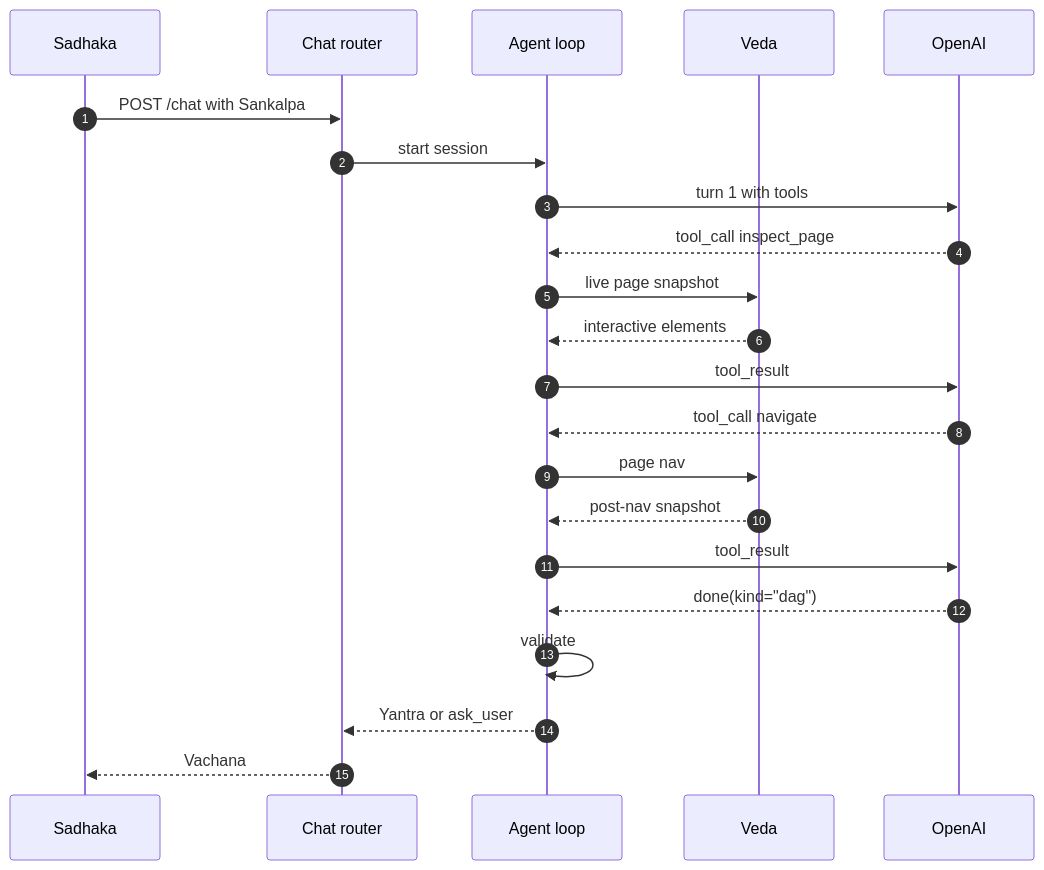
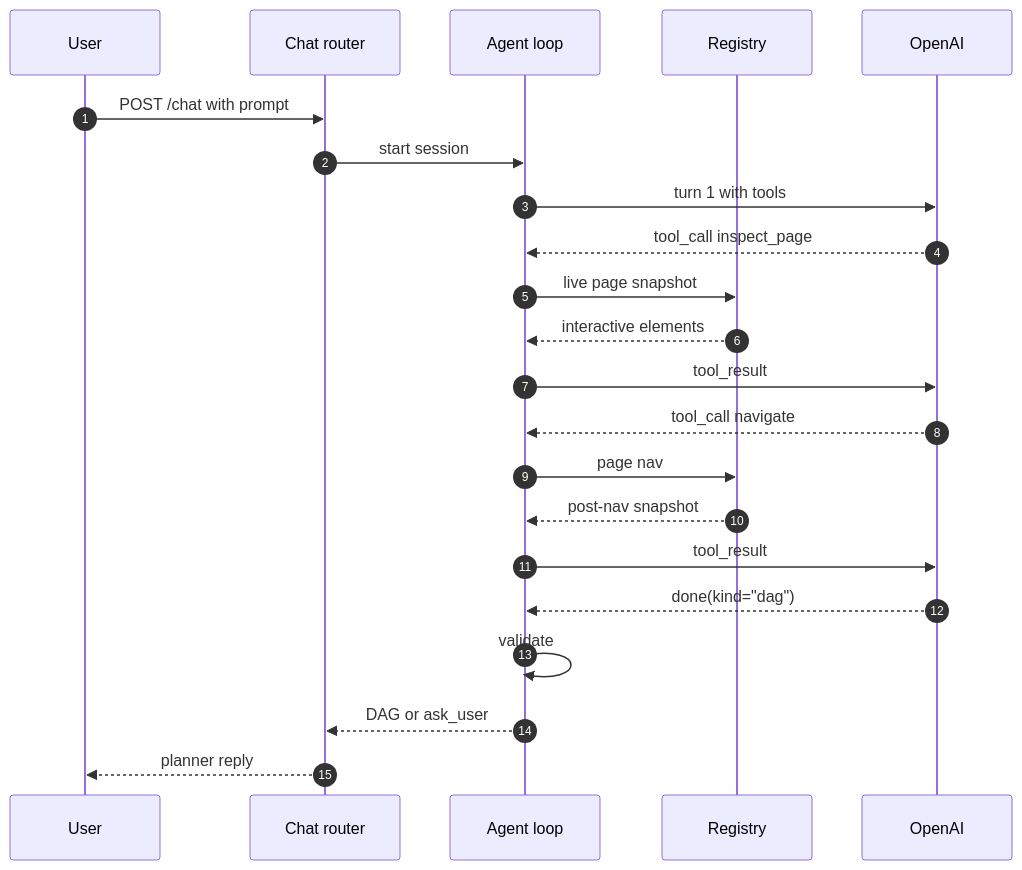
One commit to so-weak/Aakaar changed the second of 12 diagrams in documentation/src/02-LLD.md. Above: the diagram before and after it, drawn with Mermaid. The commit also changed other lines of this file and 23 other files, not shown here.

````diff
--- a/documentation/src/02-LLD.md
+++ b/documentation/src/02-LLD.md
@@ -93,25 +96,25 @@
 ```mermaid
 sequenceDiagram
   autonumber
-  participant U as Sadhaka
+  participant U as User
   participant API as Chat router
   participant A as Agent loop
-  participant R as Veda
+  participant R as Registry
   participant L as OpenAI
 
-  U->>API: POST /chat with Sankalpa
+  U->>API: POST /chat with prompt
   API->>A: start session
   A->>L: turn 1 with tools
   L-->>A: tool_call inspect_page
   A->>R: live page snapshot
   R-->>A: interactive elements
   A->>L: tool_result
   L-->>A: tool_call navigate
   A->>R: page nav
   R-->>A: post-nav snapshot
   A->>L: tool_result
   L-->>A: done(kind="dag")
   A->>A: validate
-  A-->>API: Yantra or ask_user
-  API-->>U: Vachana
+  A-->>API: DAG or ask_user
+  API-->>U: planner reply
 ```
````
